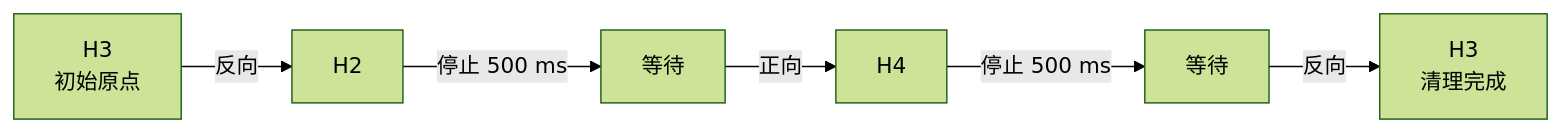
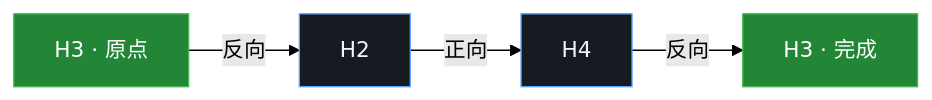
Before and after one commit to Hack166/catLitterTray: the diagram in README.md, drawn with Mermaid (forest theme). The commit also changed other lines of this file and 1 other file, not shown here.

Commit message:
精简 README 并加入硬件架构图

````diff
--- a/README.md
+++ b/README.md
@@ -67,8 +55,11 @@
 ```mermaid
 flowchart LR
-    HOME["H3<br/>初始原点"] -->|"反向"| H2["H2"]
-    H2 -->|"停止 500 ms"| WAIT1["等待"]
-    WAIT1 -->|"正向"| H4["H4"]
-    H4 -->|"停止 500 ms"| WAIT2["等待"]
-    WAIT2 -->|"反向"| DONE["H3<br/>清理完成"]
+    A["H3 · 原点"] -->|"反向"| B["H2"]
+    B -->|"正向"| C["H4"]
+    C -->|"反向"| D["H3 · 完成"]
+
+    style A fill:#238636,color:#fff,stroke:#3fb950
+    style D fill:#238636,color:#fff,stroke:#3fb950
+    style B fill:#161b22,color:#f0f6fc,stroke:#58a6ff
+    style C fill:#161b22,color:#f0f6fc,stroke:#58a6ff
 ```
````
